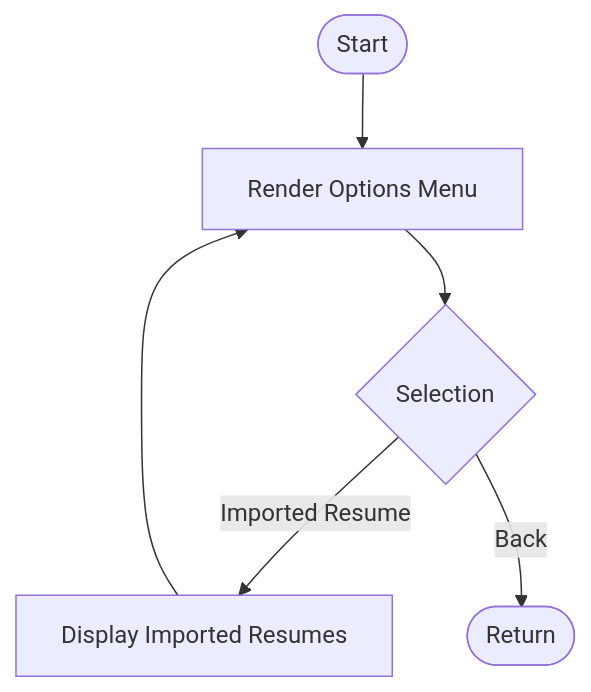
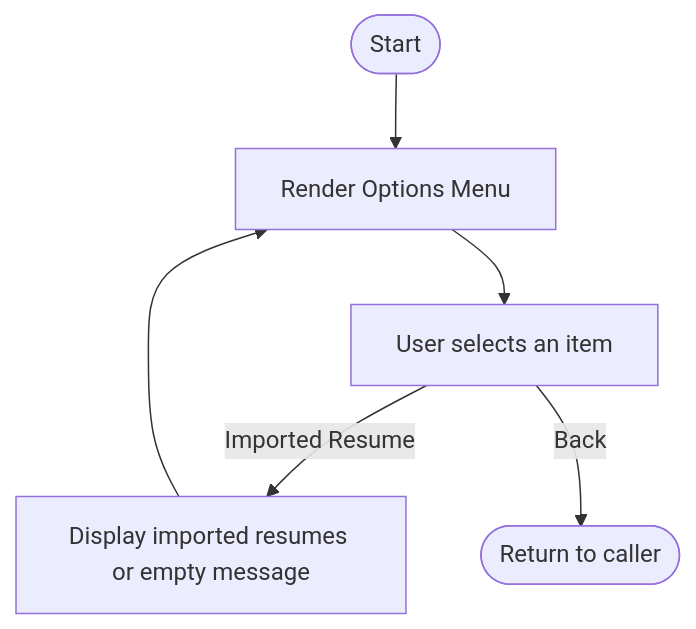
The diagram in cli/docs/processes/options-menu.md (DelgadoArlee/cv-brewer), drawn with Mermaid before and after one commit. The commit also changed other lines of this file and 67 other files, not shown here.

`````diff
--- a/cli/docs/processes/options-menu.md
+++ b/cli/docs/processes/options-menu.md
@@ -39,8 +39,8 @@
 ```` mermaid
 flowchart TD
     A([Start]) --> B[Render Options Menu]
-    B --> C{Selection}
-    C -->|Imported Resume| D[Display Imported Resumes]
+    B --> C[User selects an item]
+    C -->|Imported Resume| D[Display imported resumes or empty message]
     D --> B
-    C -->|Back| E([Return])
+    C -->|Back| E([Return to caller])
 ````
`````
